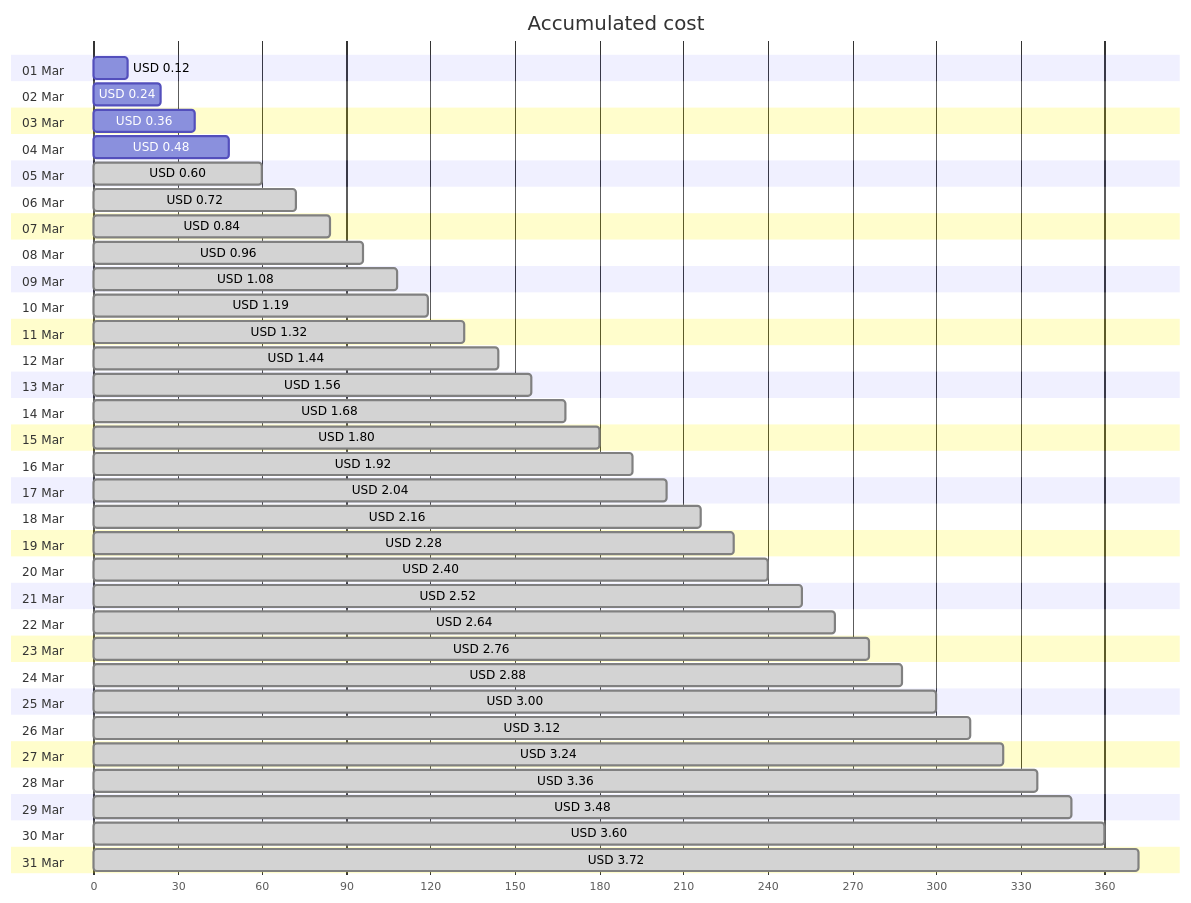
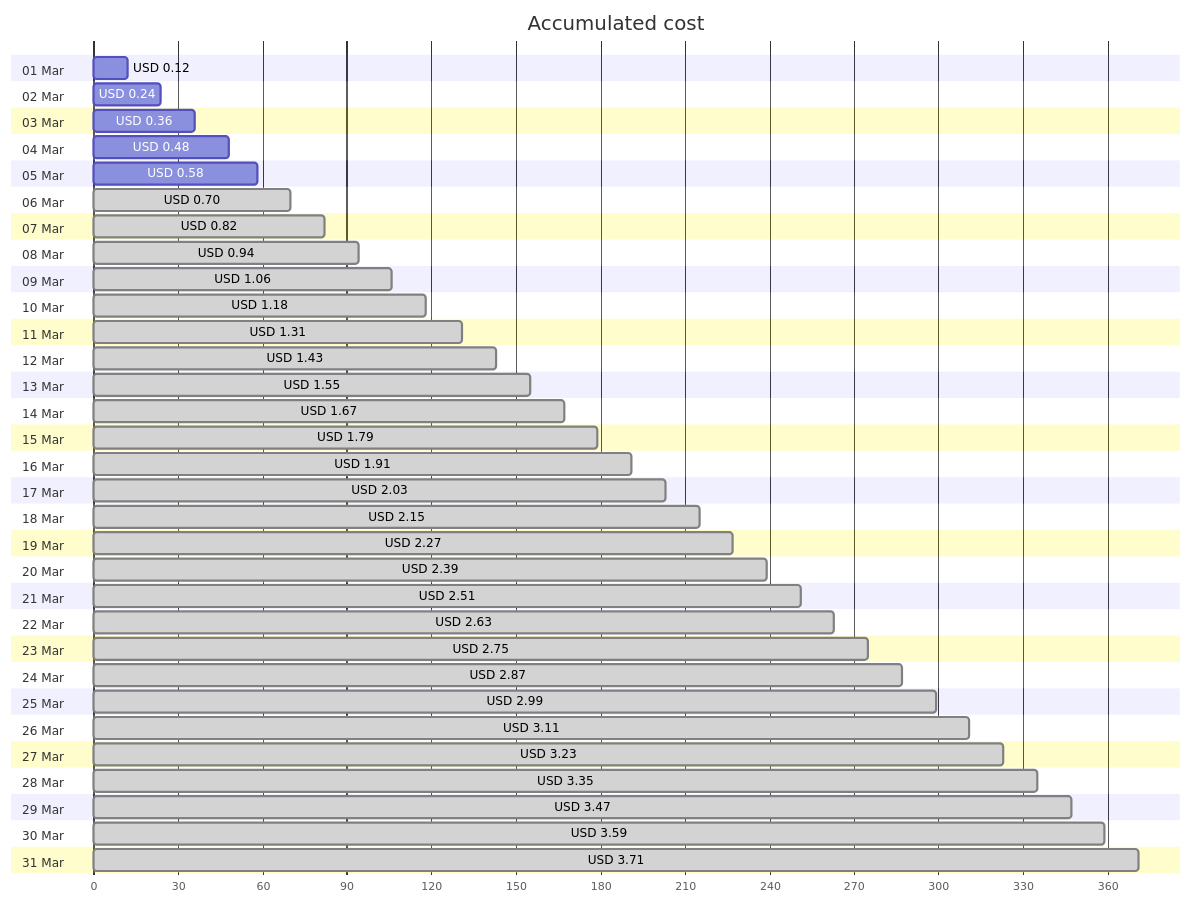
The first of 4 diagrams in cost-reports/personal-network/vpn-server-public-ip.md (jpfulton/azure-personal-reports), drawn with Mermaid before and after one commit. The commit also changed other lines of this file and 8 other files, not shown here.

````diff
--- a/cost-reports/personal-network/vpn-server-public-ip.md
+++ b/cost-reports/personal-network/vpn-server-public-ip.md
@@ -20,68 +20,68 @@
 ```mermaid
 gantt
    title Accumulated cost
    dateFormat  X
    axisFormat %s
    section 01 Mar
    USD 0.12 :0, 12
    section 02 Mar
    USD 0.24 :0, 24
    section 03 Mar
    USD 0.36 :0, 36
    section 04 Mar
    USD 0.48 :0, 48
    section 05 Mar
-   USD 0.60 : done, 0, 60
+   USD 0.58 :0, 58
    section 06 Mar
-   USD 0.72 : done, 0, 72
+   USD 0.70 : done, 0, 70
    section 07 Mar
-   USD 0.84 : done, 0, 84
+   USD 0.82 : done, 0, 82
    section 08 Mar
-   USD 0.96 : done, 0, 96
+   USD 0.94 : done, 0, 94
    section 09 Mar
-   USD 1.08 : done, 0, 108
+   USD 1.06 : done, 0, 106
    section 10 Mar
-   USD 1.19 : done, 0, 119
+   USD 1.18 : done, 0, 118
    section 11 Mar
-   USD 1.32 : done, 0, 132
+   USD 1.31 : done, 0, 131
    section 12 Mar
-   USD 1.44 : done, 0, 144
+   USD 1.43 : done, 0, 143
    section 13 Mar
-   USD 1.56 : done, 0, 156
+   USD 1.55 : done, 0, 155
    section 14 Mar
-   USD 1.68 : done, 0, 168
+   USD 1.67 : done, 0, 167
    section 15 Mar
-   USD 1.80 : done, 0, 180
+   USD 1.79 : done, 0, 179
    section 16 Mar
-   USD 1.92 : done, 0, 192
+   USD 1.91 : done, 0, 191
    section 17 Mar
-   USD 2.04 : done, 0, 204
+   USD 2.03 : done, 0, 203
    section 18 Mar
-   USD 2.16 : done, 0, 216
+   USD 2.15 : done, 0, 215
    section 19 Mar
-   USD 2.28 : done, 0, 228
+   USD 2.27 : done, 0, 227
    section 20 Mar
-   USD 2.40 : done, 0, 240
+   USD 2.39 : done, 0, 239
    section 21 Mar
-   USD 2.52 : done, 0, 252
+   USD 2.51 : done, 0, 251
    section 22 Mar
-   USD 2.64 : done, 0, 264
+   USD 2.63 : done, 0, 263
    section 23 Mar
-   USD 2.76 : done, 0, 276
+   USD 2.75 : done, 0, 275
    section 24 Mar
-   USD 2.88 : done, 0, 288
+   USD 2.87 : done, 0, 287
    section 25 Mar
-   USD 3.00 : done, 0, 300
+   USD 2.99 : done, 0, 299
    section 26 Mar
-   USD 3.12 : done, 0, 312
+   USD 3.11 : done, 0, 311
    section 27 Mar
-   USD 3.24 : done, 0, 324
+   USD 3.23 : done, 0, 323
    section 28 Mar
-   USD 3.36 : done, 0, 336
+   USD 3.35 : done, 0, 335
    section 29 Mar
-   USD 3.48 : done, 0, 348
+   USD 3.47 : done, 0, 347
    section 30 Mar
-   USD 3.60 : done, 0, 360
+   USD 3.59 : done, 0, 359
    section 31 Mar
-   USD 3.72 : done, 0, 372
+   USD 3.71 : done, 0, 371
 ```
````
